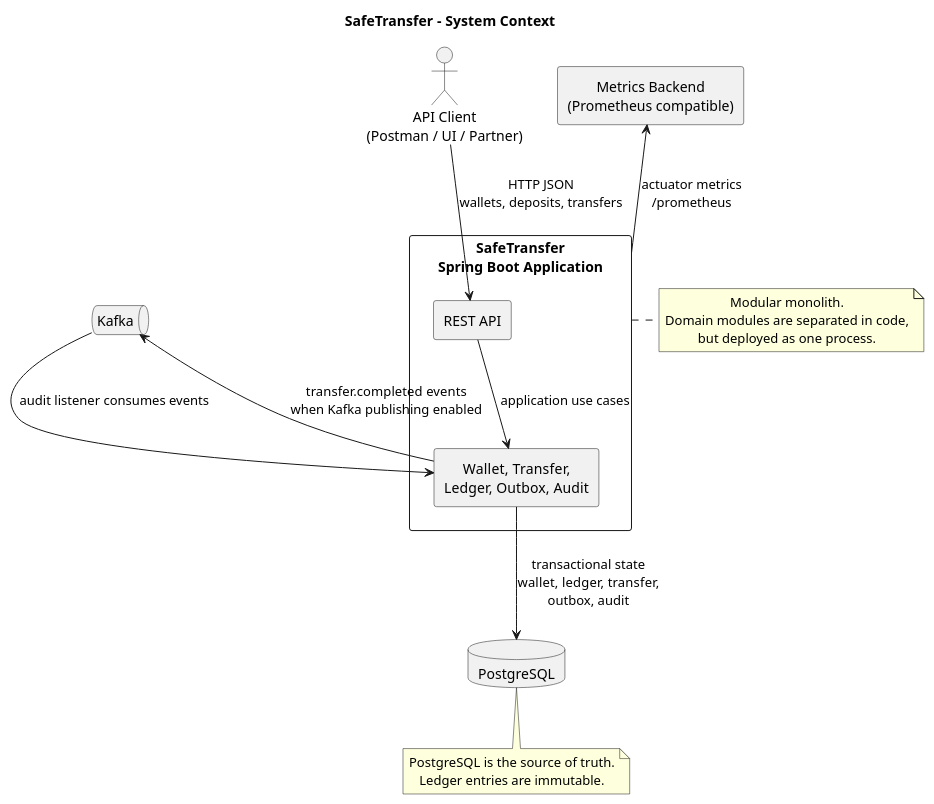
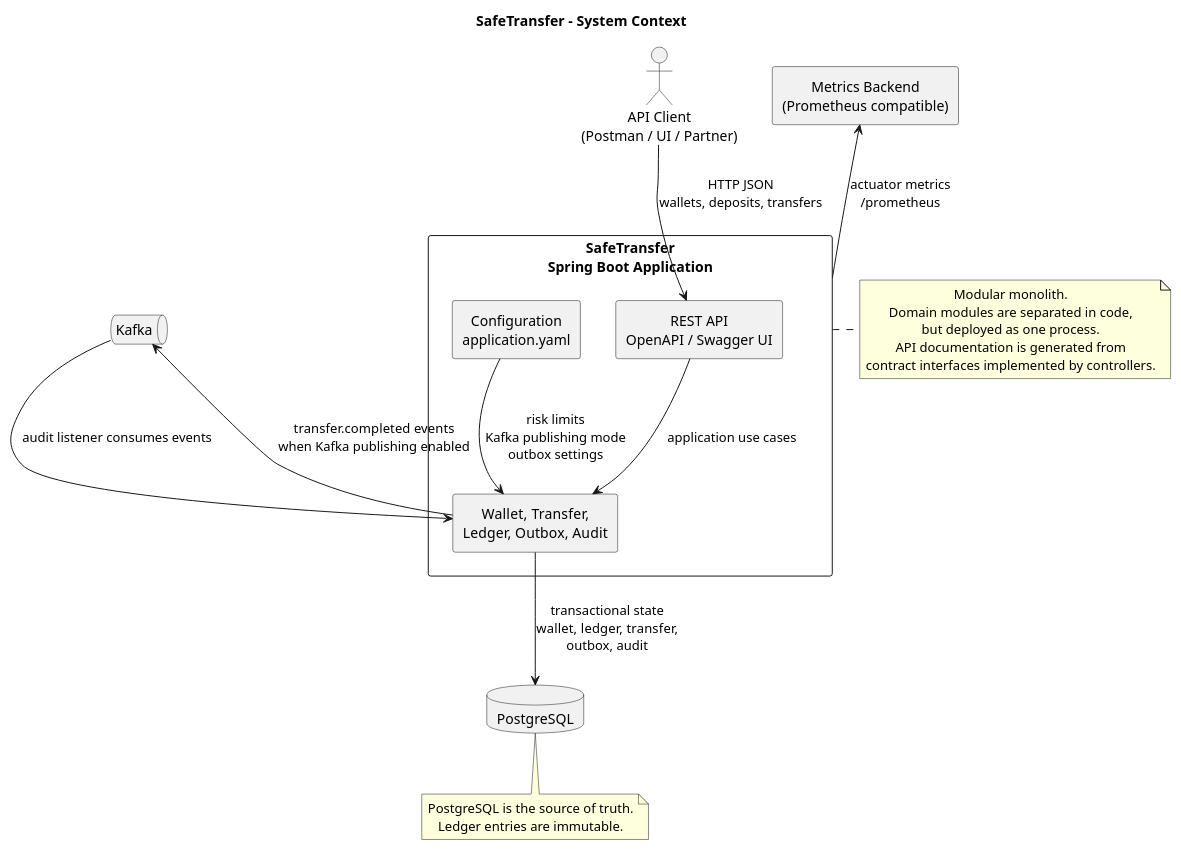
One commit to ngnowak/safe-transfer changed the diagram in architecture/system-context.puml. Above: the diagram before and after it, drawn with PlantUML. The commit also changed 7 other files, not shown here.

Commit message:
XXX(007): update diagram

```diff
--- a/architecture/system-context.puml
+++ b/architecture/system-context.puml
@@ -1,37 +1,41 @@
 @startuml SafeTransfer System Context
 title SafeTransfer - System Context
 
 skinparam shadowing false
 skinparam packageStyle rectangle
 skinparam defaultTextAlignment center
 
 actor "API Client\n(Postman / UI / Partner)" as Client
 
 rectangle "SafeTransfer\nSpring Boot Application" as App {
-  rectangle "REST API" as RestApi
+  rectangle "REST API\nOpenAPI / Swagger UI" as RestApi
   rectangle "Wallet, Transfer,\nLedger, Outbox, Audit" as Modules
+  rectangle "Configuration\napplication.yaml" as Config
 }
 
 database "PostgreSQL" as Postgres
 queue "Kafka" as Kafka
 rectangle "Metrics Backend\n(Prometheus compatible)" as Metrics
 
 Client --> RestApi : HTTP JSON\nwallets, deposits, transfers
 RestApi --> Modules : application use cases
+Config --> Modules : risk limits\nKafka publishing mode\noutbox settings
 Modules --> Postgres : transactional state\nwallet, ledger, transfer,\noutbox, audit
 Modules --> Kafka : transfer.completed events\nwhen Kafka publishing enabled
 Kafka --> Modules : audit listener consumes events
 Metrics <-- App : actuator metrics\n/prometheus
 
 note right of App
   Modular monolith.
   Domain modules are separated in code,
   but deployed as one process.
+  API documentation is generated from
+  contract interfaces implemented by controllers.
 end note
 
 note bottom of Postgres
   PostgreSQL is the source of truth.
   Ledger entries are immutable.
 end note
 
 @enduml
```
